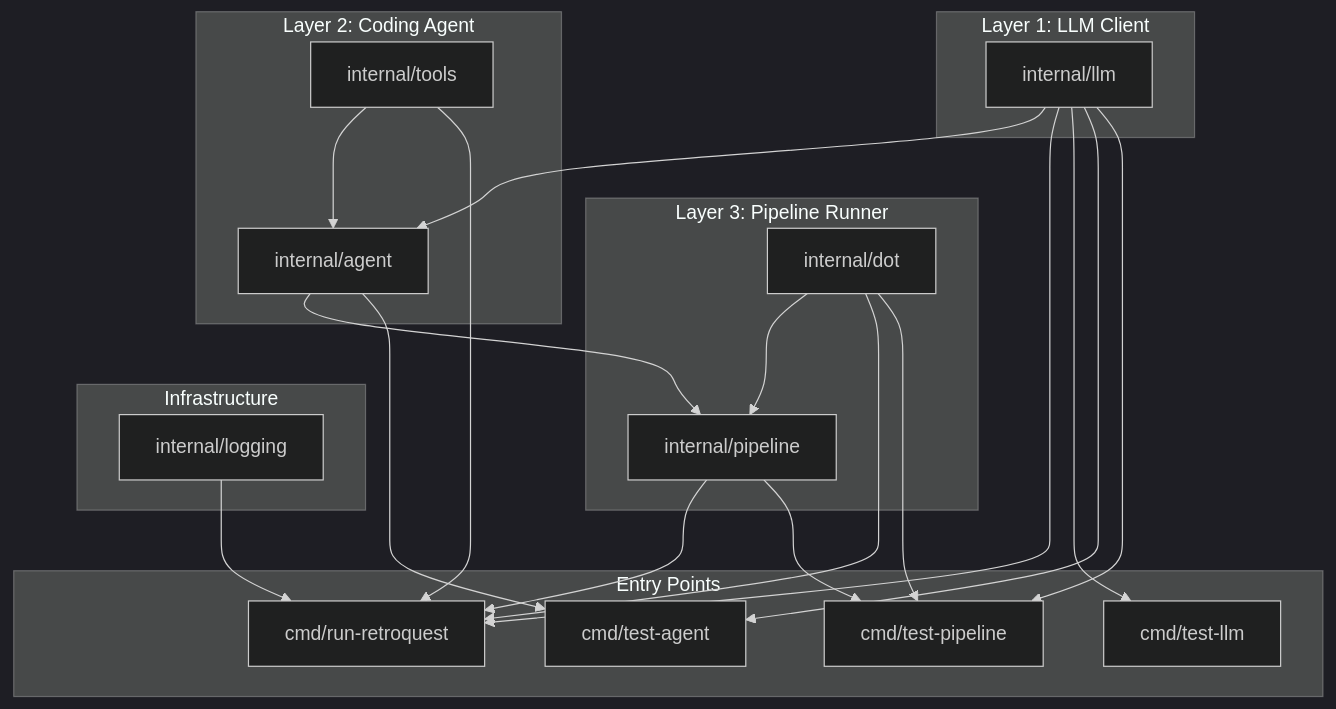
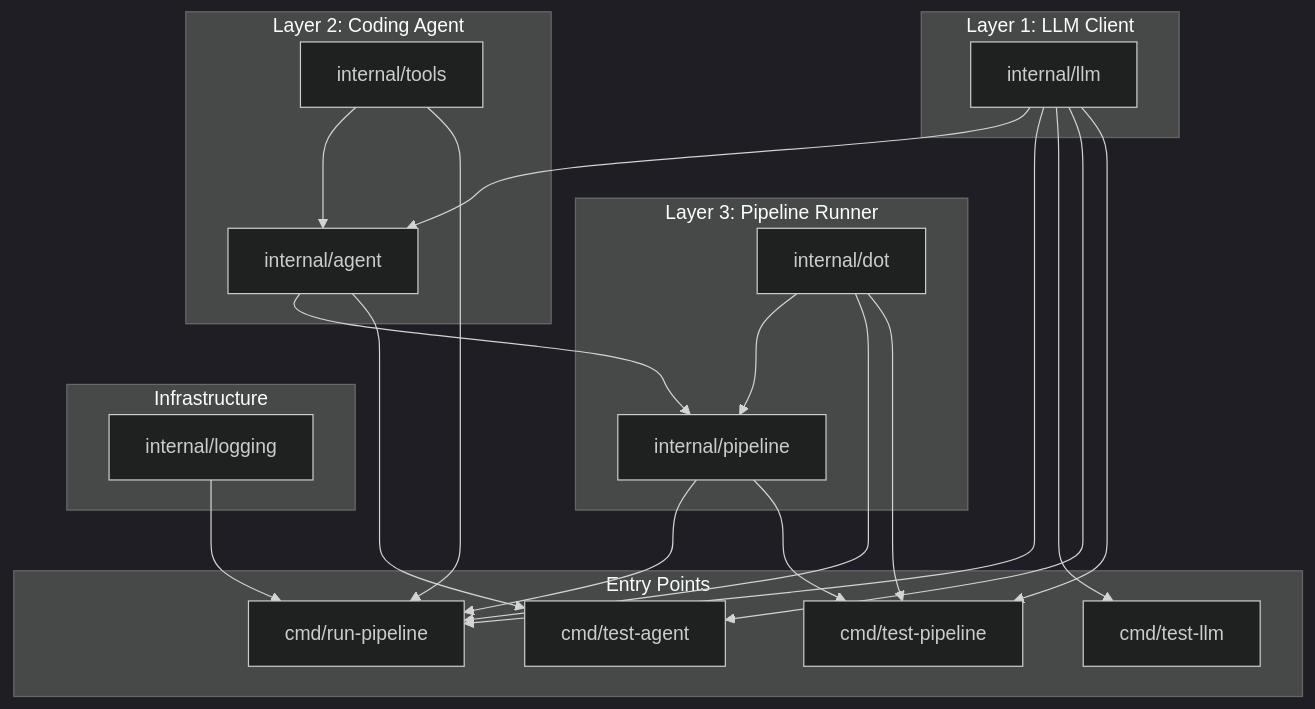
Before and after one commit to campallison/attractor: the first of 10 diagrams in docs/architecture.md, drawn with Mermaid (dark theme). The commit also changed other lines of this file and 5 other files, not shown here.

First line of the commit message:
Rename cmd/run-retroquest to cmd/run-pipeline, remove project-specific references from docs

````diff
--- a/docs/architecture.md
+++ b/docs/architecture.md
@@ -11,45 +11,45 @@
 ```mermaid
 graph TB
     subgraph layer3 [Layer 3: Pipeline Runner]
         dotPkg["internal/dot"]
         pipelinePkg["internal/pipeline"]
     end
 
     subgraph layer2 [Layer 2: Coding Agent]
         agentPkg["internal/agent"]
         toolsPkg["internal/tools"]
     end
 
     subgraph layer1 [Layer 1: LLM Client]
         llmPkg["internal/llm"]
     end
 
     subgraph infra [Infrastructure]
         loggingPkg["internal/logging"]
     end
 
     subgraph entrypoints [Entry Points]
-        runRetroquest["cmd/run-retroquest"]
+        runPipeline["cmd/run-pipeline"]
         testLLM["cmd/test-llm"]
         testAgent["cmd/test-agent"]
         testPipeline["cmd/test-pipeline"]
     end
 
     dotPkg --> pipelinePkg
     llmPkg --> agentPkg
     toolsPkg --> agentPkg
     agentPkg --> pipelinePkg
 
-    llmPkg --> runRetroquest
-    pipelinePkg --> runRetroquest
-    dotPkg --> runRetroquest
-    loggingPkg --> runRetroquest
-    toolsPkg --> runRetroquest
+    llmPkg --> runPipeline
+    pipelinePkg --> runPipeline
+    dotPkg --> runPipeline
+    loggingPkg --> runPipeline
+    toolsPkg --> runPipeline
 
     llmPkg --> testLLM
     llmPkg --> testAgent
     agentPkg --> testAgent
     dotPkg --> testPipeline
     pipelinePkg --> testPipeline
     llmPkg --> testPipeline
 ```
````
